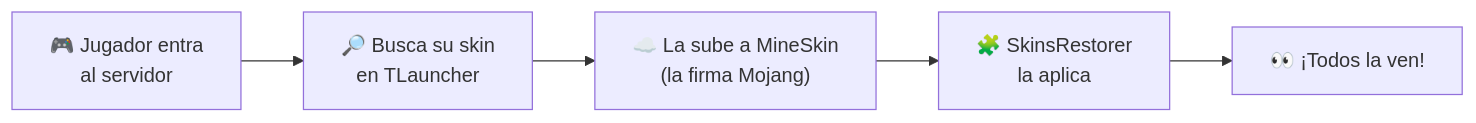
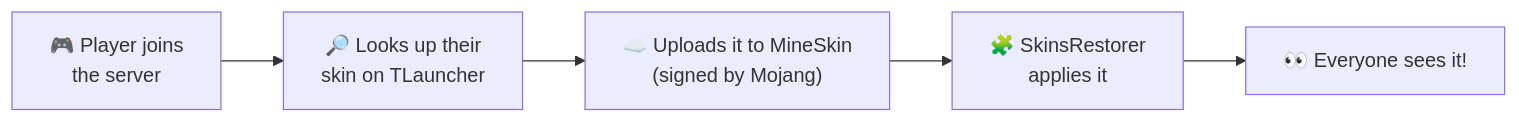
Before and after one commit to Syswordd/TLauncherSkins: the diagram in README.md, drawn with Mermaid. The commit also changed other lines of this file and 9 other files, not shown here.

````diff
--- a/README.md
+++ b/README.md
@@ -47,7 +49,7 @@
 ```mermaid
 flowchart LR
-    A["🎮 Jugador entra<br>al servidor"] --> B["🔎 Busca su skin<br>en TLauncher"]
-    B --> C["☁️ La sube a MineSkin<br>(la firma Mojang)"]
-    C --> D["🧩 SkinsRestorer<br>la aplica"]
-    D --> E["👀 ¡Todos la ven!"]
+    A["🎮 Player joins<br>the server"] --> B["🔎 Looks up their<br>skin on TLauncher"]
+    B --> C["☁️ Uploads it to MineSkin<br>(signed by Mojang)"]
+    C --> D["🧩 SkinsRestorer<br>applies it"]
+    D --> E["👀 Everyone sees it!"]
 ```
````
